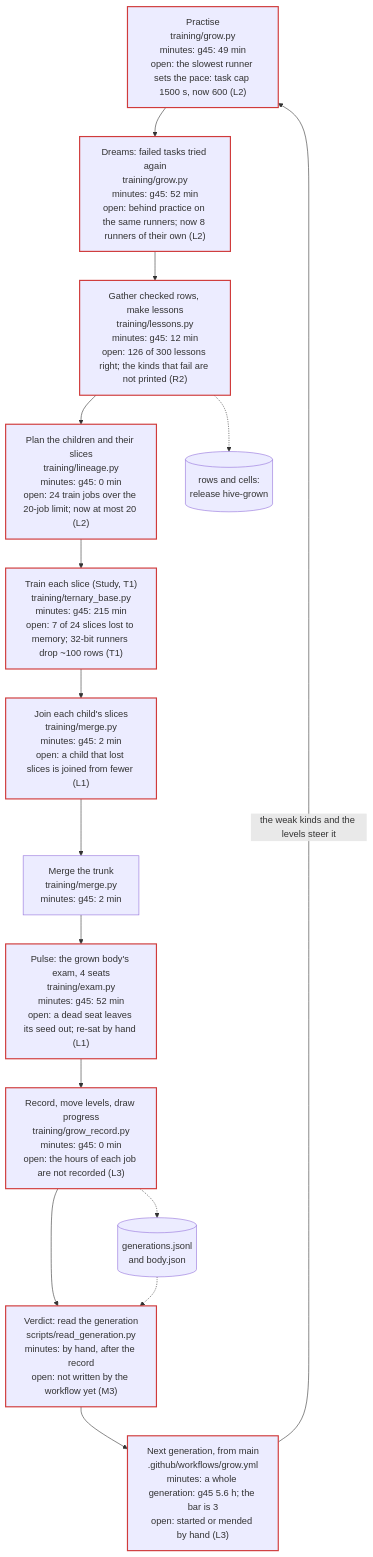
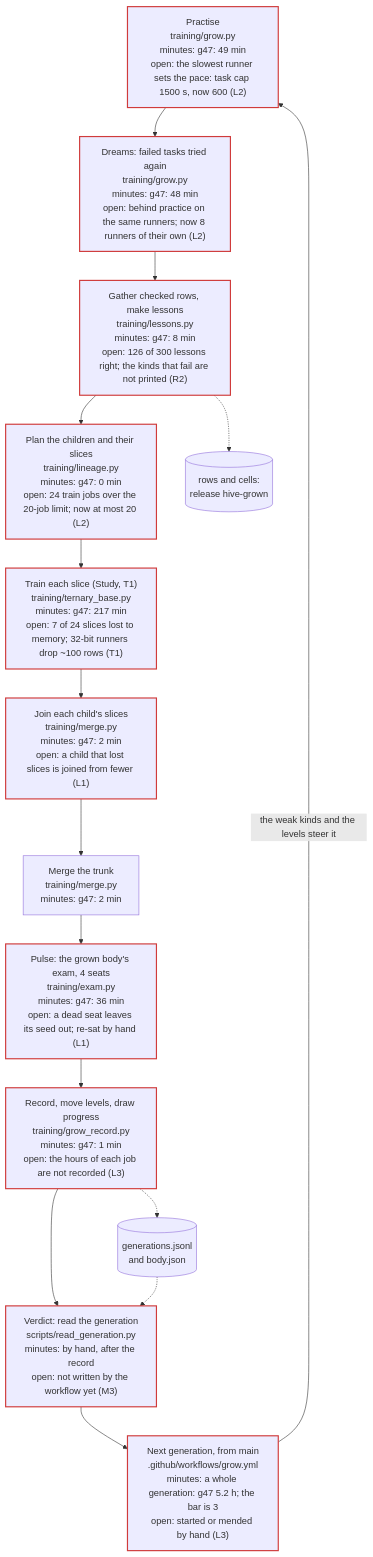
One commit to Arnav123-s/HiveMIND changed the first of 4 diagrams in docs/KNOWLEDGE.md. Above: the diagram before and after it, drawn with Mermaid. The commit also changed 15 other files, not shown here.

Commit message:
The hive's body: generation g47

````diff
--- a/docs/KNOWLEDGE.md
+++ b/docs/KNOWLEDGE.md
@@ -11,31 +11,31 @@
 ```mermaid
 flowchart TD
-  practise["Practise<br/>training/grow.py<br/>minutes: g45: 49 min<br/>open: the slowest runner sets the pace: task cap 1500 s, now 600 (L2)"]:::open
-  dreams["Dreams: failed tasks tried again<br/>training/grow.py<br/>minutes: g45: 52 min<br/>open: behind practice on the same runners; now 8 runners of their own (L2)"]:::open
-  gather["Gather checked rows, make lessons<br/>training/lessons.py<br/>minutes: g45: 12 min<br/>open: 126 of 300 lessons right; the kinds that fail are not printed (R2)"]:::open
-  plan["Plan the children and their slices<br/>training/lineage.py<br/>minutes: g45: 0 min<br/>open: 24 train jobs over the 20-job limit; now at most 20 (L2)"]:::open
-  trainc["Train each slice (Study, T1)<br/>training/ternary_base.py<br/>minutes: g45: 215 min<br/>open: 7 of 24 slices lost to memory; 32-bit runners drop ~100 rows (T1)"]:::open
-  join["Join each child's slices<br/>training/merge.py<br/>minutes: g45: 2 min<br/>open: a child that lost slices is joined from fewer (L1)"]:::open
-  trunk["Merge the trunk<br/>training/merge.py<br/>minutes: g45: 2 min"]
-  pulse["Pulse: the grown body's exam, 4 seats<br/>training/exam.py<br/>minutes: g45: 52 min<br/>open: a dead seat leaves its seed out; re-sat by hand (L1)"]:::open
-  recordg["Record, move levels, draw progress<br/>training/grow_record.py<br/>minutes: g45: 0 min<br/>open: the hours of each job are not recorded (L3)"]:::open
+  practise["Practise<br/>training/grow.py<br/>minutes: g47: 49 min<br/>open: the slowest runner sets the pace: task cap 1500 s, now 600 (L2)"]:::open
+  dreams["Dreams: failed tasks tried again<br/>training/grow.py<br/>minutes: g47: 48 min<br/>open: behind practice on the same runners; now 8 runners of their own (L2)"]:::open
+  gather["Gather checked rows, make lessons<br/>training/lessons.py<br/>minutes: g47: 8 min<br/>open: 126 of 300 lessons right; the kinds that fail are not printed (R2)"]:::open
+  plan["Plan the children and their slices<br/>training/lineage.py<br/>minutes: g47: 0 min<br/>open: 24 train jobs over the 20-job limit; now at most 20 (L2)"]:::open
+  trainc["Train each slice (Study, T1)<br/>training/ternary_base.py<br/>minutes: g47: 217 min<br/>open: 7 of 24 slices lost to memory; 32-bit runners drop ~100 rows (T1)"]:::open
+  join["Join each child's slices<br/>training/merge.py<br/>minutes: g47: 2 min<br/>open: a child that lost slices is joined from fewer (L1)"]:::open
+  trunk["Merge the trunk<br/>training/merge.py<br/>minutes: g47: 2 min"]
+  pulse["Pulse: the grown body's exam, 4 seats<br/>training/exam.py<br/>minutes: g47: 36 min<br/>open: a dead seat leaves its seed out; re-sat by hand (L1)"]:::open
+  recordg["Record, move levels, draw progress<br/>training/grow_record.py<br/>minutes: g47: 1 min<br/>open: the hours of each job are not recorded (L3)"]:::open
   verdictg["Verdict: read the generation<br/>scripts/read_generation.py<br/>minutes: by hand, after the record<br/>open: not written by the workflow yet (M3)"]:::open
-  nextg["Next generation, from main<br/>.github/workflows/grow.yml<br/>minutes: a whole generation: g45 5.6 h; the bar is 3<br/>open: started or mended by hand (L3)"]:::open
+  nextg["Next generation, from main<br/>.github/workflows/grow.yml<br/>minutes: a whole generation: g47 5.2 h; the bar is 3<br/>open: started or mended by hand (L3)"]:::open
   practise --> dreams
   dreams --> gather
   gather --> plan
   plan --> trainc
   trainc --> join
   join --> trunk
   trunk --> pulse
   pulse --> recordg
   recordg --> verdictg
   verdictg --> nextg
   nextg -->|"the weak kinds and the levels steer it"| practise
   rel[("rows and cells:<br/>release hive-grown")]
   rec[("generations.jsonl<br/>and body.json")]
   gather -.-> rel
   recordg -.-> rec
   rec -.-> verdictg
   classDef open stroke:#d03b3b,stroke-width:2px
 ```
````
